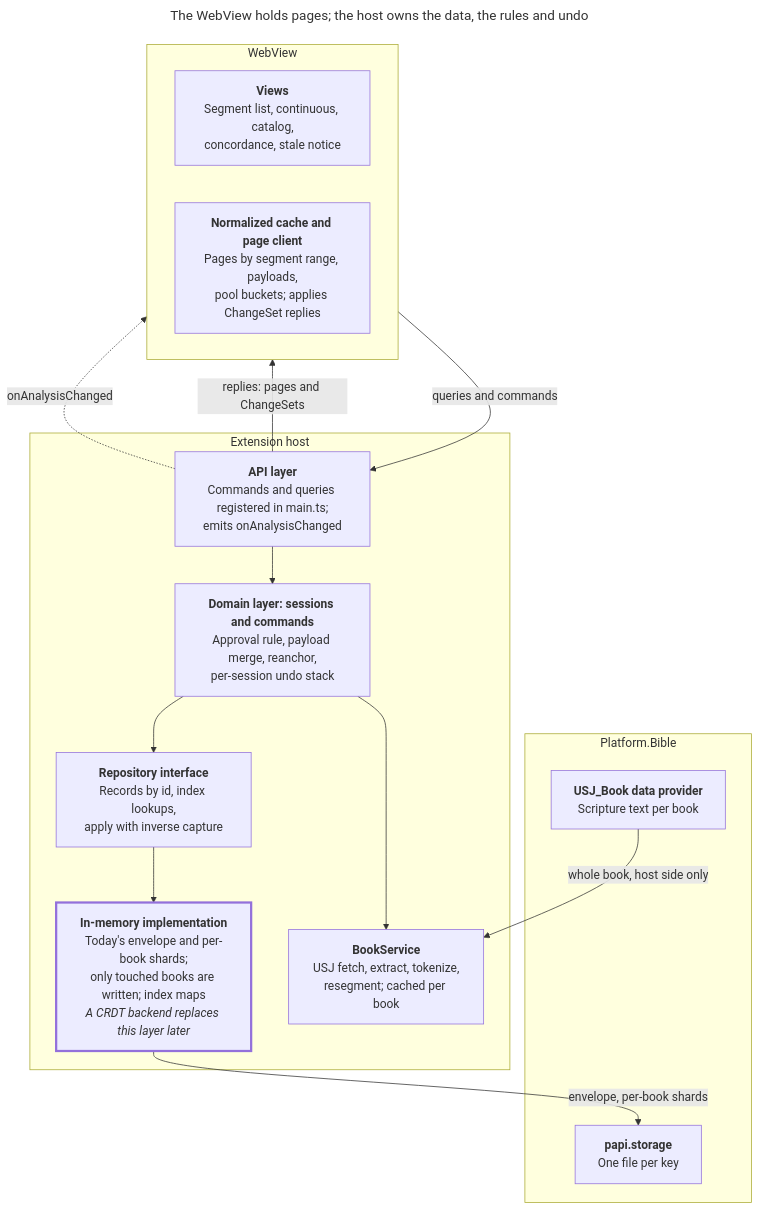
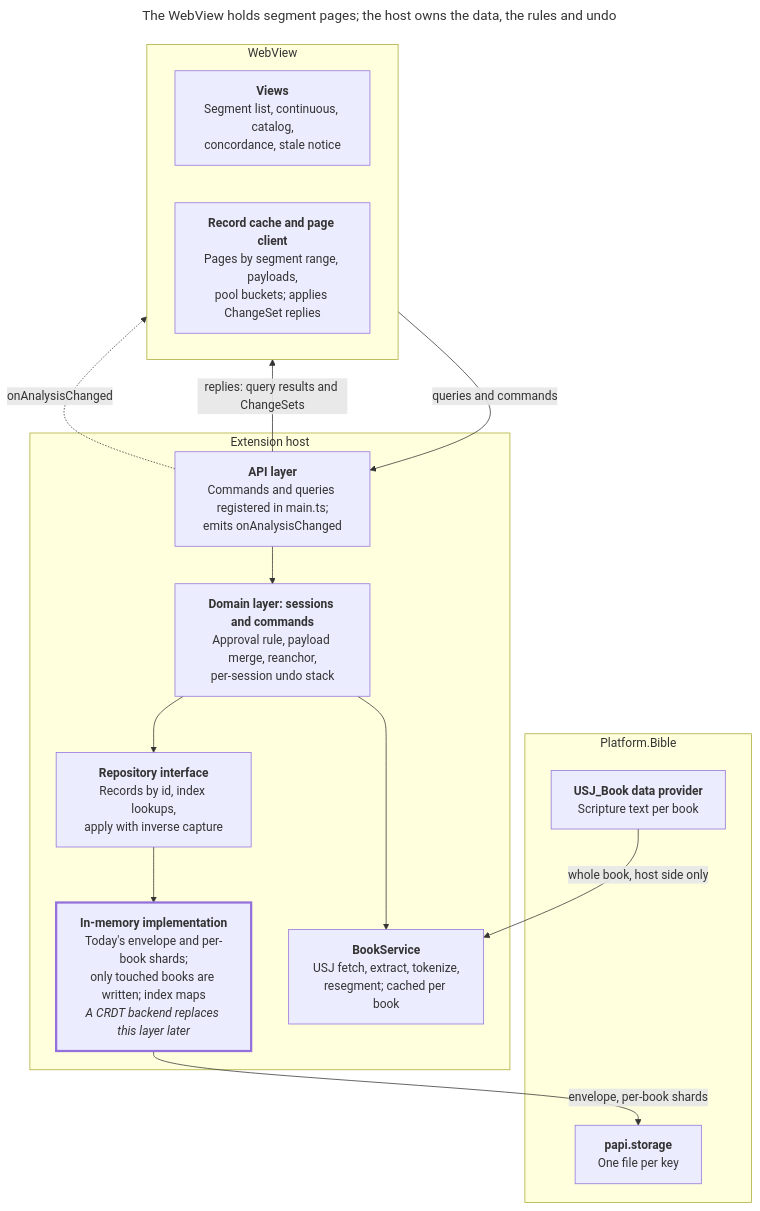
Before and after one commit to sillsdev/interlinearizer-extension: the first of 2 diagrams in docs/data-layer-plan/plan.md, drawn with Mermaid. The commit also changed other lines of this file and 1 other file, not shown here.

First line of the commit message:
Use segment pages, the outline and indexes consistently in the plan

````diff
--- a/docs/data-layer-plan/plan.md
+++ b/docs/data-layer-plan/plan.md
@@ -33,30 +33,30 @@
 ```mermaid
 ---
-title: The WebView holds pages; the host owns the data, the rules and undo
+title: The WebView holds segment pages; the host owns the data, the rules and undo
 ---
 flowchart TB
   subgraph WV["WebView"]
     views["<b>Views</b><br/>Segment list, continuous, catalog,<br/>concordance, stale notice"]
-    cache["<b>Normalized cache and page client</b><br/>Pages by segment range, payloads,<br/>pool buckets; applies ChangeSet replies"]
+    cache["<b>Record cache and page client</b><br/>Pages by segment range, payloads,<br/>pool buckets; applies ChangeSet replies"]
   end
   subgraph EH["Extension host"]
     api["<b>API layer</b><br/>Commands and queries registered in main.ts;<br/>emits onAnalysisChanged"]
     domain["<b>Domain layer: sessions and commands</b><br/>Approval rule, payload merge, reanchor,<br/>per-session undo stack"]
     repo["<b>Repository interface</b><br/>Records by id, index lookups,<br/>apply with inverse capture"]
     mem["<b>In-memory implementation</b><br/>Today's envelope and per-book shards;<br/>only touched books are written; index maps<br/><i>A CRDT backend replaces this layer later</i>"]
     book["<b>BookService</b><br/>USJ fetch, extract, tokenize,<br/>resegment; cached per book"]
   end
   subgraph PB["Platform.Bible"]
     storage["<b>papi.storage</b><br/>One file per key"]
     usj["<b>USJ_Book data provider</b><br/>Scripture text per book"]
   end
   WV -- "queries and commands" --> api
-  api -- "replies: pages and ChangeSets" --> WV
+  api -- "replies: query results and ChangeSets" --> WV
   api -. "onAnalysisChanged" .-> WV
   api --> domain --> repo --> mem
   domain --> book
   mem -- "envelope, per-book shards" --> storage
   usj -- "whole book, host side only" --> book
   classDef replaceable stroke-width:3px
   class mem replaceable
 ```
````
